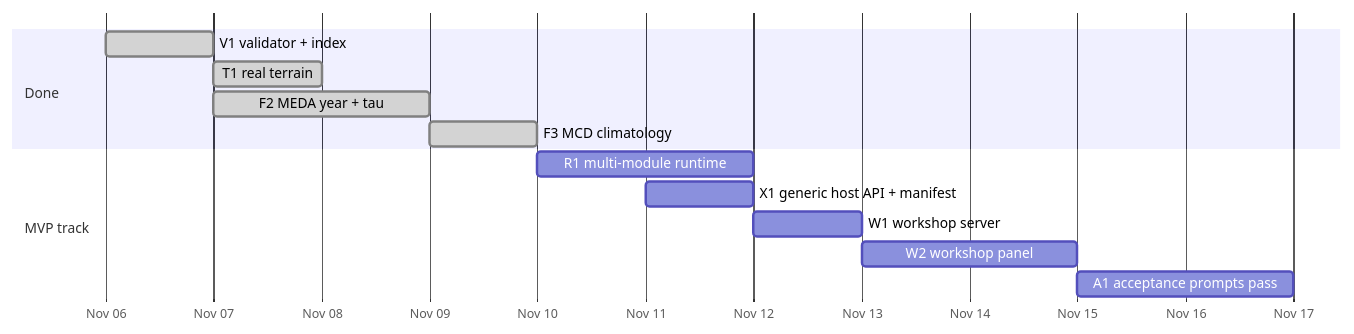
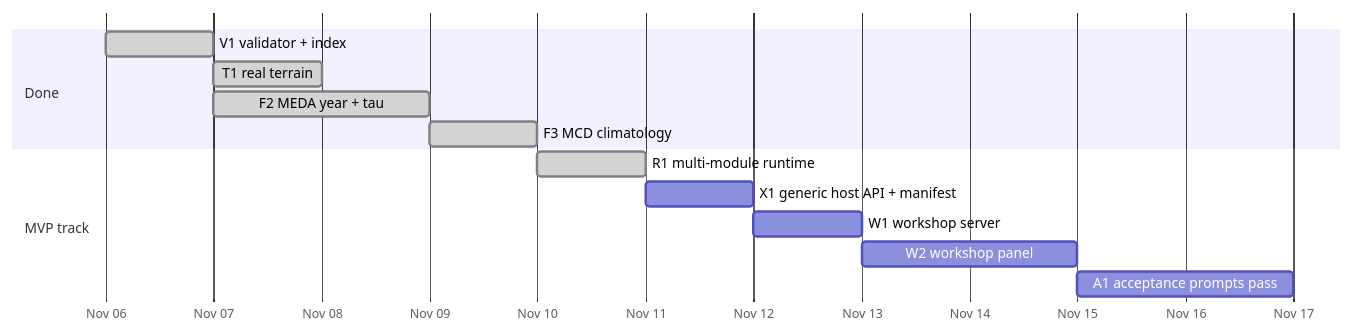
The sixth of 6 diagrams in docs/DEV_GUIDE.md (chingchang/mars-sandbox), drawn with Mermaid before and after one commit. The commit also changed other lines of this file and 7 other files, not shown here.

````diff
--- a/docs/DEV_GUIDE.md
+++ b/docs/DEV_GUIDE.md
@@ -262,16 +262,16 @@
 ```mermaid
 gantt
     dateFormat  YYYY-MM-DD
     axisFormat  %b %d
     section Done
     V1 validator + index          :done, 2026-11-06, 1d
     T1 real terrain               :done, 2026-11-07, 1d
     F2 MEDA year + tau            :done, 2026-11-07, 2d
     F3 MCD climatology            :done, 2026-11-09, 1d
     section MVP track
-    R1 multi-module runtime       :2026-11-10, 2d
+    R1 multi-module runtime       :done, 2026-11-10, 1d
     X1 generic host API + manifest:2026-11-11, 1d
     W1 workshop server            :2026-11-12, 1d
     W2 workshop panel             :2026-11-13, 2d
     A1 acceptance prompts pass    :2026-11-15, 2d
 ```
````
